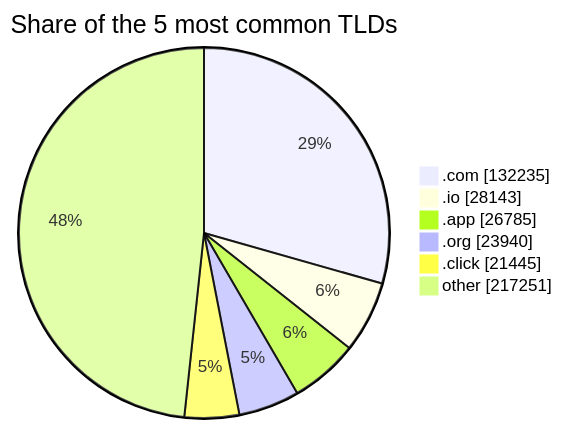
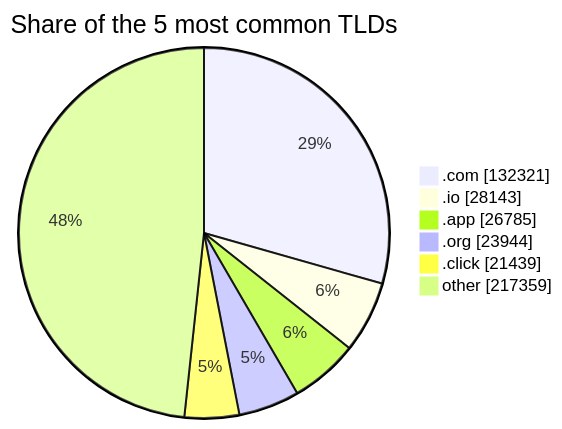
Before and after one commit to DNSBunker/CTI: the third of 3 diagrams in README.md, drawn with Mermaid. The commit also changed other lines of this file and 3 other files, not shown here.

````diff
--- a/README.md
+++ b/README.md
@@ -81,9 +81,9 @@
 ```mermaid
 pie showData title Share of the 5 most common TLDs
-    ".com" : 132235
+    ".com" : 132321
     ".io" : 28143
     ".app" : 26785
-    ".org" : 23940
-    ".click" : 21445
-    "other" : 217251
+    ".org" : 23944
+    ".click" : 21439
+    "other" : 217359
 ```
````
